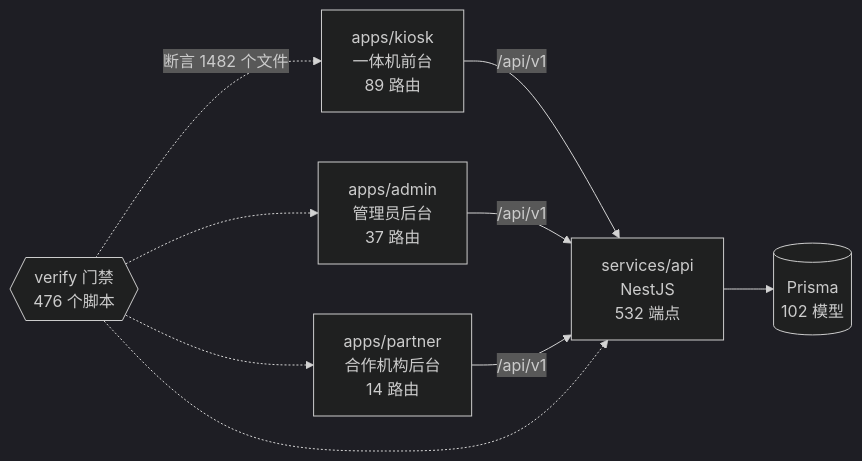
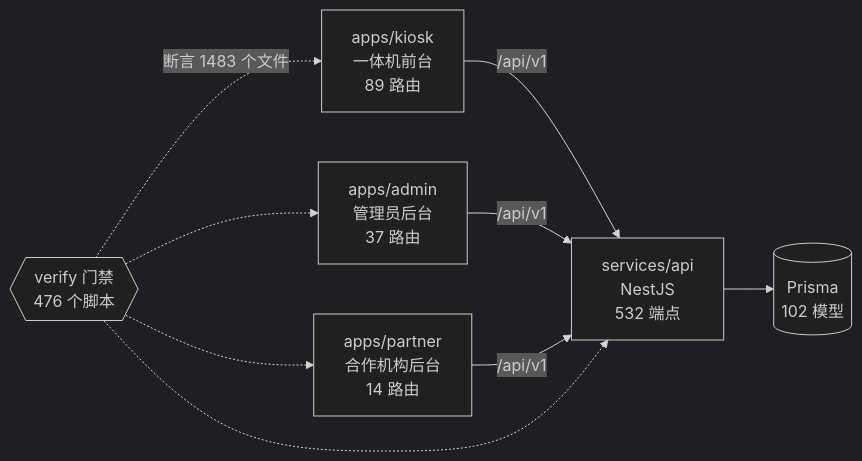
The diagram in docs/graph/README.md (wanglei581/YITIJI), drawn with Mermaid (dark theme) before and after one commit. The commit also changed other lines of this file and 4 other files, not shown here.

````diff
--- a/docs/graph/README.md
+++ b/docs/graph/README.md
@@ -68,18 +68,18 @@
 ```mermaid
 flowchart LR
   kiosk["apps/kiosk<br/>一体机前台<br/>89 路由"]
   admin["apps/admin<br/>管理员后台<br/>37 路由"]
   partner["apps/partner<br/>合作机构后台<br/>14 路由"]
   api["services/api<br/>NestJS<br/>532 端点"]
   db[("Prisma<br/>102 模型")]
   gates{{"verify 门禁<br/>476 个脚本"}}
 
   kiosk -->|"/api/v1"| api
   admin -->|"/api/v1"| api
   partner -->|"/api/v1"| api
   api --> db
-  gates -.->|"断言 1482 个文件"| kiosk
+  gates -.->|"断言 1483 个文件"| kiosk
   gates -.-> admin
   gates -.-> partner
   gates -.-> api
 ```
````
